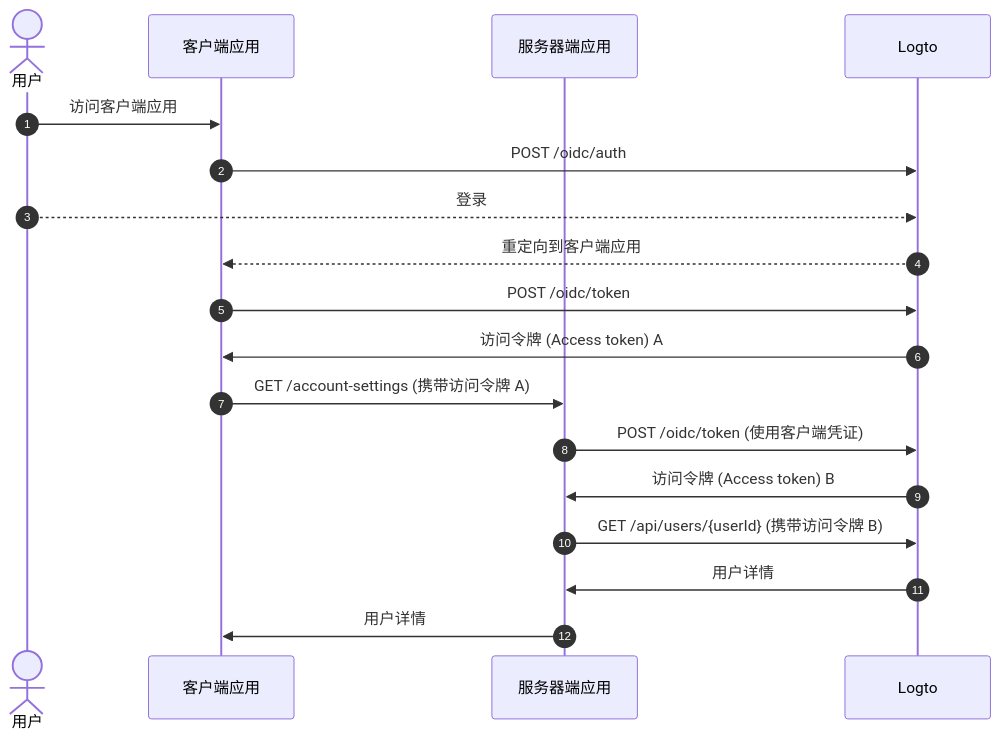
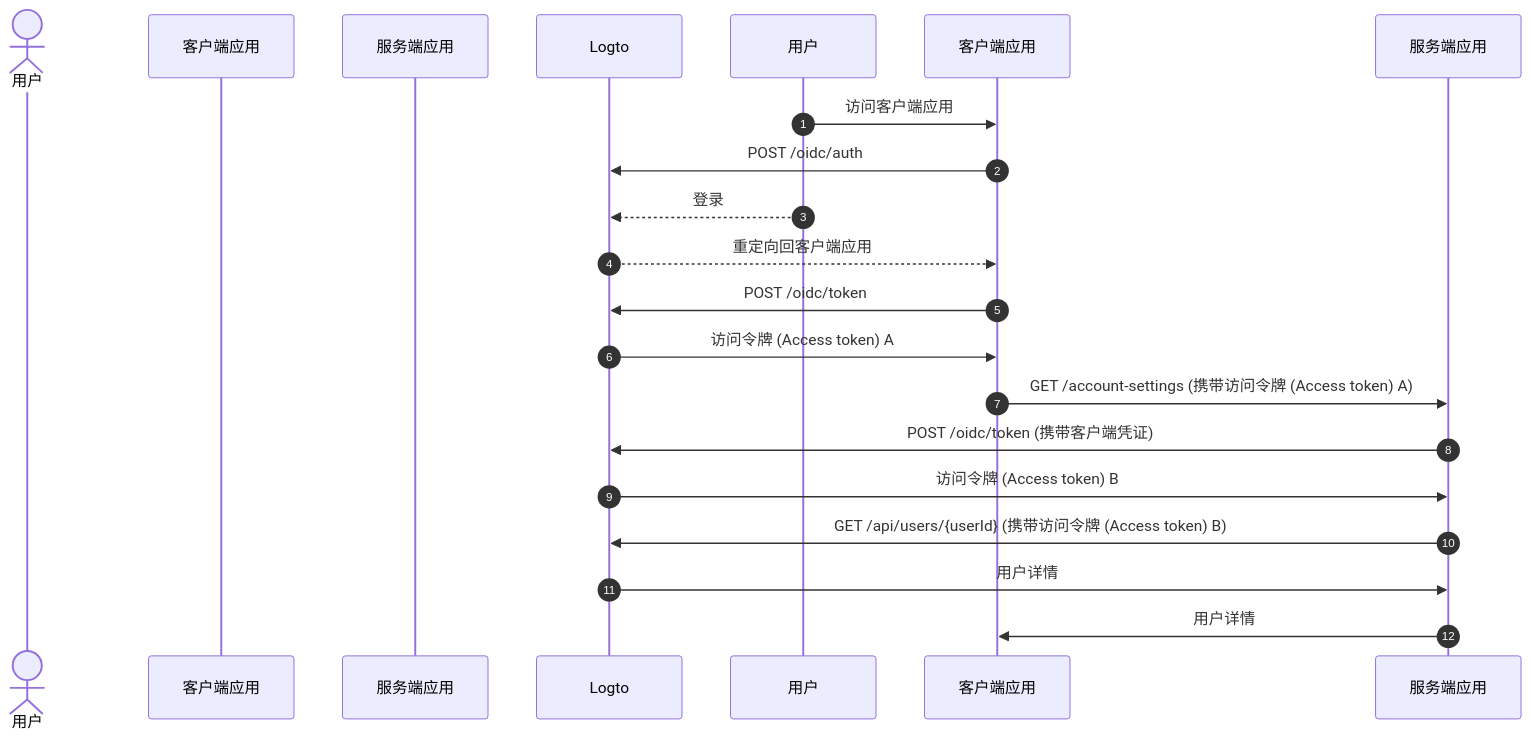
The second of 3 diagrams in i18n/zh-CN/docusaurus-plugin-content-docs/current/end-user-flows/account-settings/by-management-api.mdx (logto-io/docs), drawn with Mermaid before and after one commit. The commit also changed other lines of this file and 35 other files, not shown here.

````diff
--- a/i18n/zh-CN/docusaurus-plugin-content-docs/current/end-user-flows/account-settings/by-management-api.mdx
+++ b/i18n/zh-CN/docusaurus-plugin-content-docs/current/end-user-flows/account-settings/by-management-api.mdx
@@ -27,21 +27,21 @@
 ```mermaid
   sequenceDiagram
     autonumber
     actor User as 用户
     participant Client as 客户端应用
-    participant Server as 服务器端应用
+    participant Server as 服务端应用
     participant Logto as Logto
 
-    User ->> Client: 访问客户端应用
-    Client ->> Logto: POST /oidc/auth
-    User -->> Logto: 登录
-    Logto -->> Client: 重定向到客户端应用
-    Client ->> Logto: POST /oidc/token
-    Logto ->> Client: 访问令牌 (Access token) A
-    Client ->> Server: GET /account-settings (携带访问令牌 A)
-    Server ->> Logto: POST /oidc/token (使用客户端凭证)
-    Logto ->> Server: 访问令牌 (Access token) B
-    Server ->> Logto: GET /api/users/{userId} (携带访问令牌 B)
-    Logto ->> Server: 用户详情
-    Server ->> Client: 用户详情
+    用户 ->> 客户端应用: 访问客户端应用
+    客户端应用 ->> Logto: POST /oidc/auth
+    用户 -->> Logto: 登录
+    Logto -->> 客户端应用: 重定向回客户端应用
+    客户端应用 ->> Logto: POST /oidc/token
+    Logto ->> 客户端应用: 访问令牌 (Access token) A
+    客户端应用 ->> 服务端应用: GET /account-settings (携带访问令牌 (Access token) A)
+    服务端应用 ->> Logto: POST /oidc/token (携带客户端凭证)
+    Logto ->> 服务端应用: 访问令牌 (Access token) B
+    服务端应用 ->> Logto: GET /api/users/{userId} (携带访问令牌 (Access token) B)
+    Logto ->> 服务端应用: 用户详情
+    服务端应用 ->> 客户端应用: 用户详情
 ```
````
